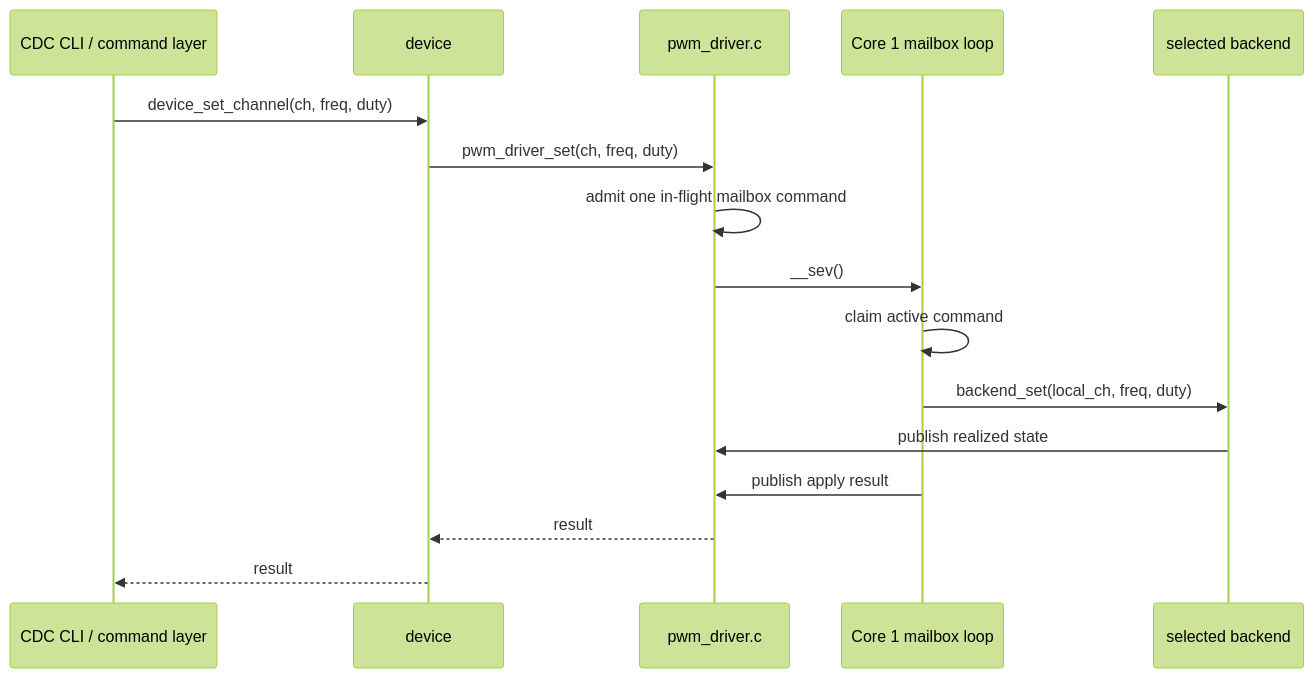
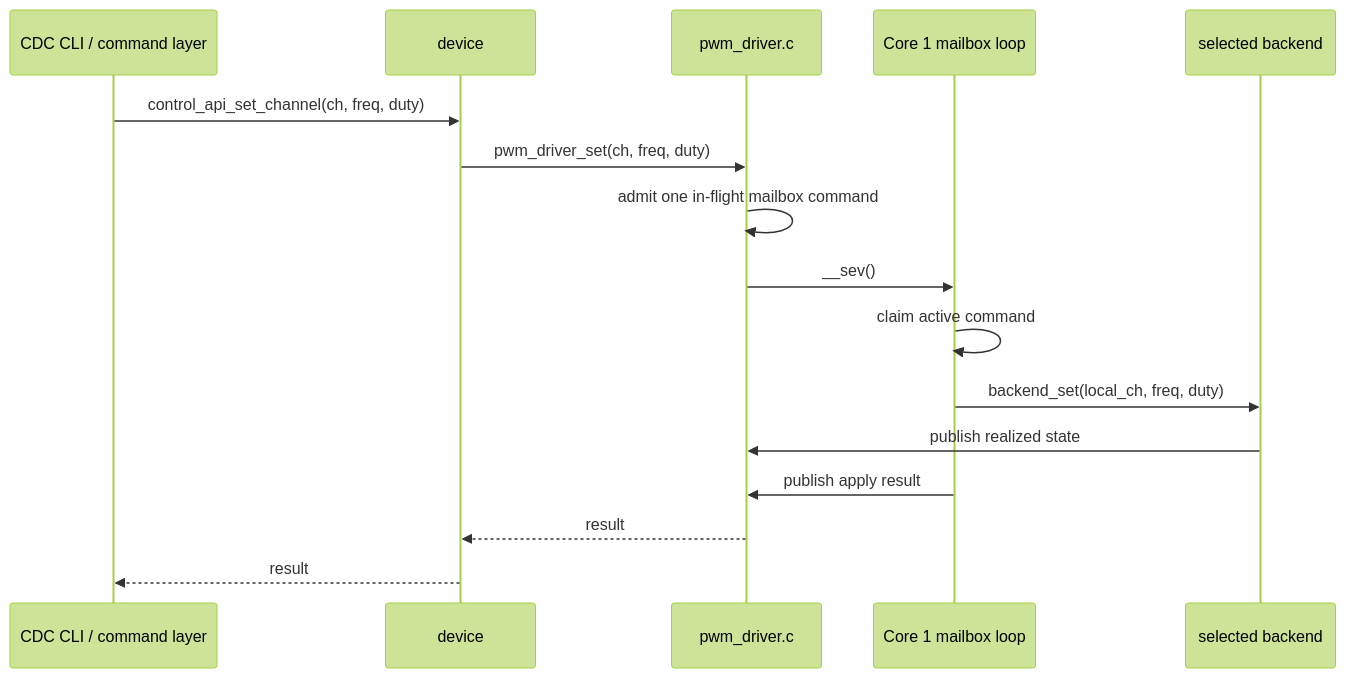
Before and after one commit to djwinter29-oss/PicoPWM: the fifth of 7 diagrams in docs/design/pwm-driver/driver-design.md, drawn with Mermaid (forest theme). The commit also changed other lines of this file and 25 other files, not shown here.

````diff
--- a/docs/design/pwm-driver/driver-design.md
+++ b/docs/design/pwm-driver/driver-design.md
@@ -336,19 +336,19 @@
 ```mermaid
 sequenceDiagram
     participant CLI as CDC CLI / command layer
     participant CTL as device
     participant WR as pwm_driver.c
     participant C1 as Core 1 mailbox loop
     participant BE as selected backend
 
-    CLI->>CTL: device_set_channel(ch, freq, duty)
+    CLI->>CTL: control_api_set_channel(ch, freq, duty)
     CTL->>WR: pwm_driver_set(ch, freq, duty)
     WR->>WR: admit one in-flight mailbox command
     WR->>C1: __sev()
     C1->>C1: claim active command
     C1->>BE: backend_set(local_ch, freq, duty)
     BE->>WR: publish realized state
     C1->>WR: publish apply result
     WR-->>CTL: result
     CTL-->>CLI: result
 ```
````
